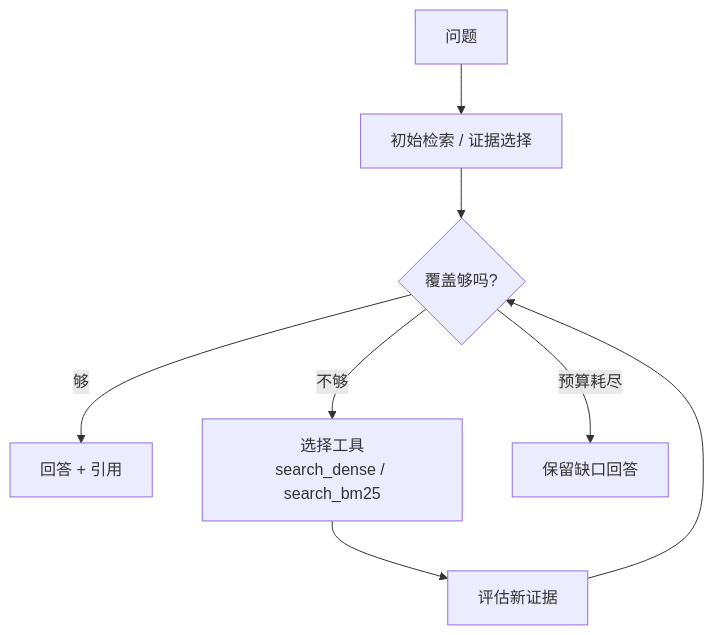
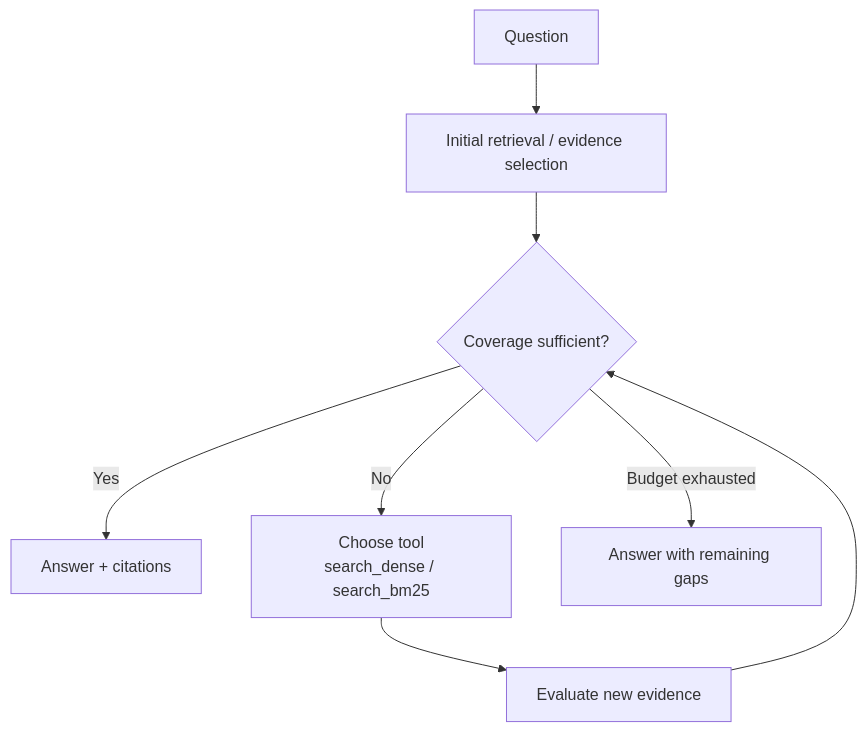
Before and after one commit to jmlistening/paperlens: the second of 2 diagrams in README.md, drawn with Mermaid. The commit also changed other lines of this file and 2 other files, not shown here.

````diff
--- a/README.md
+++ b/README.md
@@ -169,10 +173,10 @@
 ```mermaid
 flowchart TD
-    Q[问题] --> Plan[初始检索 / 证据选择]
-    Plan --> Check{覆盖够吗?}
-    Check -->|够| Answer[回答 + 引用]
-    Check -->|不够| Tool[选择工具<br/>search_dense / search_bm25]
-    Tool --> Eval[评估新证据]
+    Q[Question] --> Plan[Initial retrieval / evidence selection]
+    Plan --> Check{Coverage sufficient?}
+    Check -->|Yes| Answer[Answer + citations]
+    Check -->|No| Tool[Choose tool<br/>search_dense / search_bm25]
+    Tool --> Eval[Evaluate new evidence]
     Eval --> Check
-    Check -->|预算耗尽| AnswerGap[保留缺口回答]
+    Check -->|Budget exhausted| AnswerGap[Answer with remaining gaps]
 ```
````
